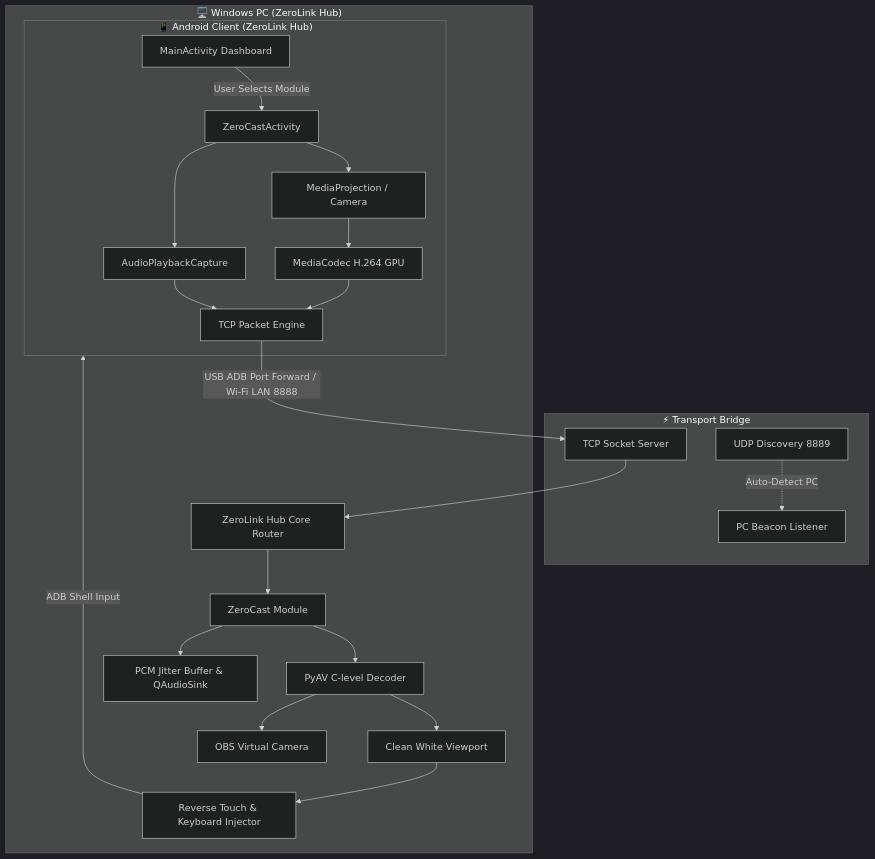
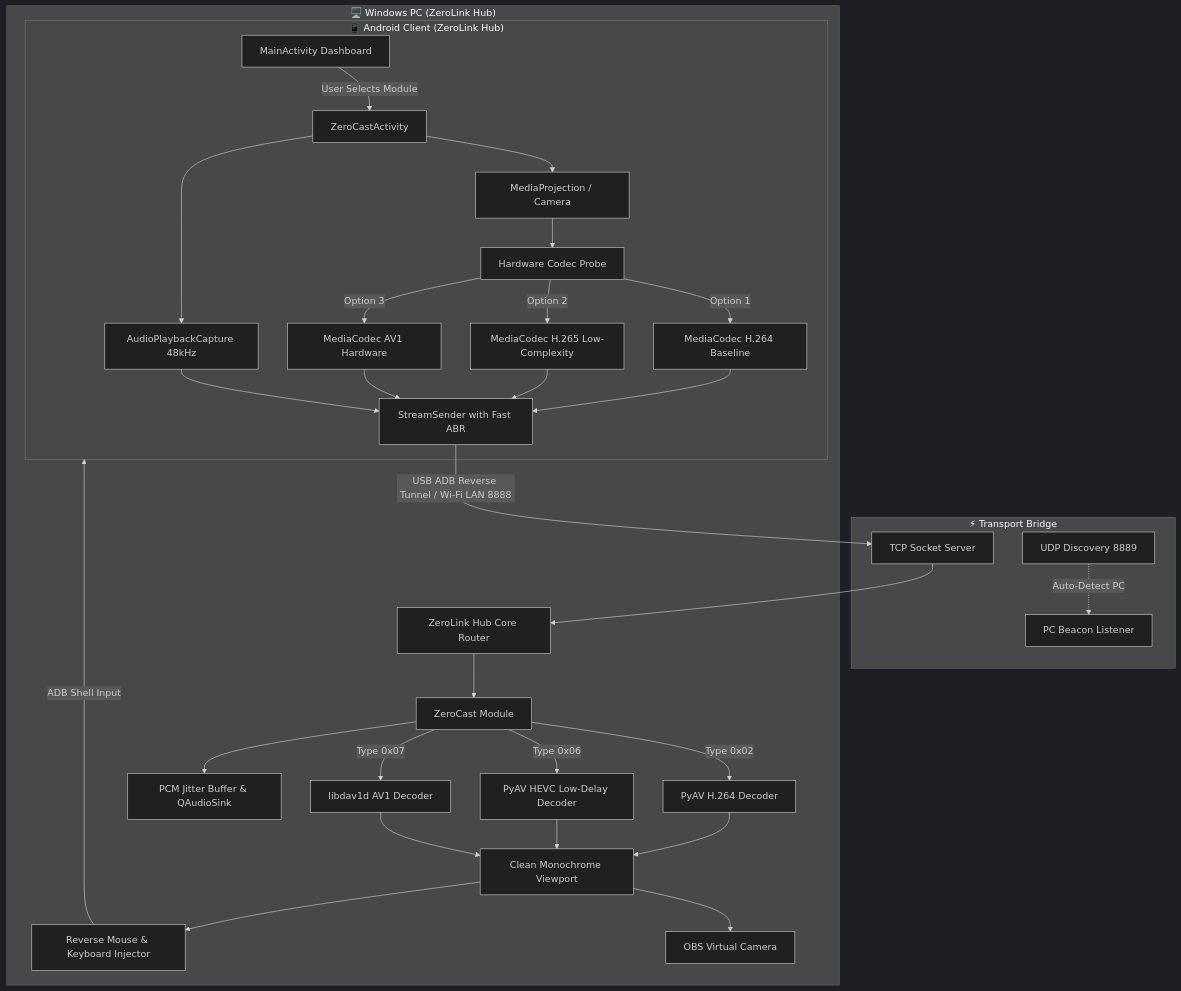
Before and after one commit to WhyAlwaysEng/ZeroLink: the diagram in README.md, drawn with Mermaid (dark theme). The commit also changed other lines of this file and 2 other files, not shown here.

Commit message:
docs: comprehensive update of project READMEs covering multi-codec architecture and modular suite

````diff
--- a/README.md
+++ b/README.md
@@ -72,27 +93,36 @@
 ```mermaid
 graph TD
     subgraph MobileHub["📱 Android Client (ZeroLink Hub)"]
         MHub[MainActivity Dashboard] -->|User Selects Module| MCast[ZeroCastActivity]
         MCast --> MP[MediaProjection / Camera]
-        MP --> MENC[MediaCodec H.264 GPU]
-        MCast --> MAUD[AudioPlaybackCapture]
-        MENC --> MTCP[TCP Packet Engine]
-        MAUD --> MTCP
+        MP --> CodecProbe[Hardware Codec Probe]
+        CodecProbe -->|Option 1| MENC1[MediaCodec H.264 Baseline]
+        CodecProbe -->|Option 2| MENC2[MediaCodec H.265 Low-Complexity]
+        CodecProbe -->|Option 3| MENC3[MediaCodec AV1 Hardware]
+        MCast --> MAUD[AudioPlaybackCapture 48kHz]
+        MENC1 --> Sender[StreamSender with Fast ABR]
+        MENC2 --> Sender
+        MENC3 --> Sender
+        MAUD --> Sender
     end
 
     subgraph Transport["⚡ Transport Bridge"]
-        MTCP -->|USB ADB Port Forward / Wi-Fi LAN 8888| PTCP[TCP Socket Server]
+        Sender -->|USB ADB Reverse Tunnel / Wi-Fi LAN 8888| PTCP[TCP Socket Server]
         UDPBeacon[UDP Discovery 8889] -.->|Auto-Detect PC| UDPListen[PC Beacon Listener]
     end
 
     subgraph PCHub["🖥️ Windows PC (ZeroLink Hub)"]
         PTCP --> CoreHub[ZeroLink Hub Core Router]
         CoreHub --> CastModule[ZeroCast Module]
-        CastModule --> H264Dec[PyAV C-level Decoder]
+        CastModule -->|Type 0x02| H264Dec[PyAV H.264 Decoder]
+        CastModule -->|Type 0x06| HevcDec[PyAV HEVC Low-Delay Decoder]
+        CastModule -->|Type 0x07| Av1Dec[libdav1d AV1 Decoder]
         CastModule --> AudioBuf[PCM Jitter Buffer & QAudioSink]
-        H264Dec --> Canvas[Clean White Viewport]
-        H264Dec --> VCam[OBS Virtual Camera]
-        Canvas --> InputCtrl[Reverse Touch & Keyboard Injector]
+        H264Dec --> Canvas[Clean Monochrome Viewport]
+        HevcDec --> Canvas
+        Av1Dec --> Canvas
+        Canvas --> VCam[OBS Virtual Camera]
+        Canvas --> InputCtrl[Reverse Mouse & Keyboard Injector]
         InputCtrl -->|ADB Shell Input| MobileHub
     end
 ```
````
